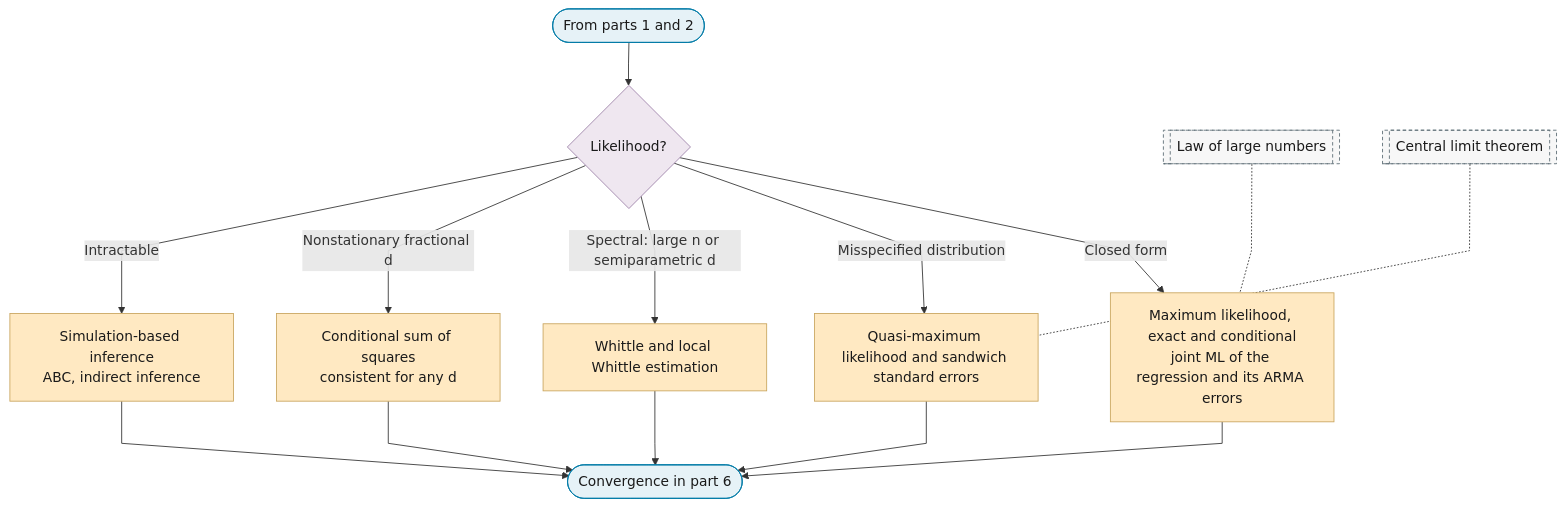
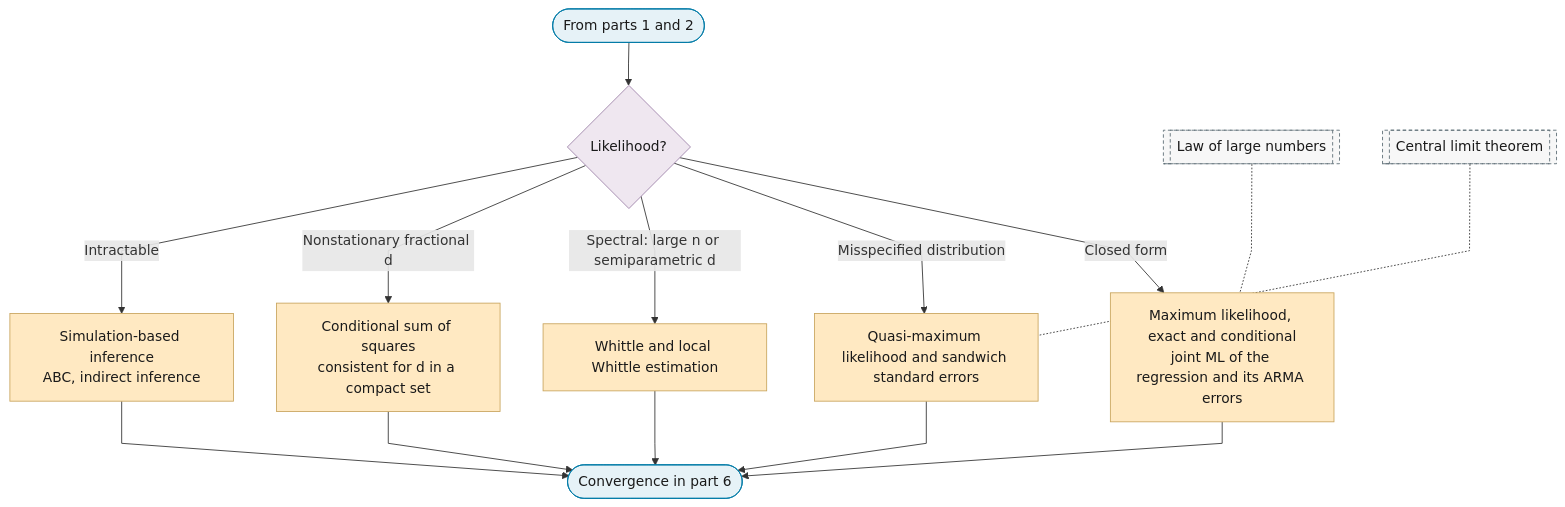
Before and after one commit to Shuxin-Y/time-series-analysis-manual: the fourth of 6 diagrams in docs/01-workflow/p08-estimation.md, drawn with Mermaid. The commit also changed 11 other files, not shown here.

````diff
--- a/docs/01-workflow/p08-estimation.md
+++ b/docs/01-workflow/p08-estimation.md
@@ -98,25 +98,25 @@
 ```mermaid
 %%{init: {"flowchart": {"curve": "linear"}}}%%
 graph TD
     P8_PART_4_IN(["From parts 1 and 2"]) --> P8_LIKELIHOOD{"Likelihood?"}
     P8_LIKELIHOOD -->|"Closed form"| P8_MLE["Maximum likelihood, exact and conditional<br/>joint ML of the regression and its ARMA errors"]
     P8_LIKELIHOOD -->|"Misspecified distribution"| P8_QMLE["Quasi-maximum likelihood and sandwich standard errors"]
     P8_LIKELIHOOD -->|"Spectral: large n or semiparametric d"| P8_WHITTLE["Whittle and local Whittle estimation"]
-    P8_LIKELIHOOD -->|"Nonstationary fractional d"| P8_CSS["Conditional sum of squares<br/>consistent for any d"]
+    P8_LIKELIHOOD -->|"Nonstationary fractional d"| P8_CSS["Conditional sum of squares<br/>consistent for d in a compact set"]
     P8_LIKELIHOOD -->|"Intractable"| P8_SIMULATION_INFERENCE["Simulation-based inference<br/>ABC, indirect inference"]
     P8_MLE & P8_QMLE & P8_WHITTLE & P8_CSS & P8_SIMULATION_INFERENCE --> P8_PART_4_OUT(["Convergence in part 6"])
     F_LLN[["Law of large numbers"]] -.- P8_MLE
     F_CLT[["Central limit theorem"]] -.- P8_QMLE
     class P8_MLE,P8_QMLE,P8_WHITTLE,P8_CSS,P8_SIMULATION_INFERENCE escalate
     class P8_PART_4_IN,P8_PART_4_OUT terminator
     class P8_LIKELIHOOD decision
     class F_LLN,F_CLT ref
     classDef terminator fill:#E6F2F7,stroke:#007BA7,color:#1A1A1A;
     classDef process fill:#FFFFFF,stroke:#5A6B73,color:#1A1A1A;
     classDef decision fill:#EFE7F0,stroke:#9B7FA7,color:#1A1A1A;
     classDef data fill:#FFF4E0,stroke:#C9A55E,color:#1A1A1A;
     classDef good fill:#DCEFD8,stroke:#4A7A3F,color:#1A1A1A;
     classDef escalate fill:#FFE9C2,stroke:#C9A55E,color:#1A1A1A;
     classDef problem fill:#F2D9DE,stroke:#800020,color:#1A1A1A;
     classDef ref fill:#F7F7F7,stroke:#5A6B73,color:#1A1A1A,stroke-dasharray:4 3;
 ```
````
